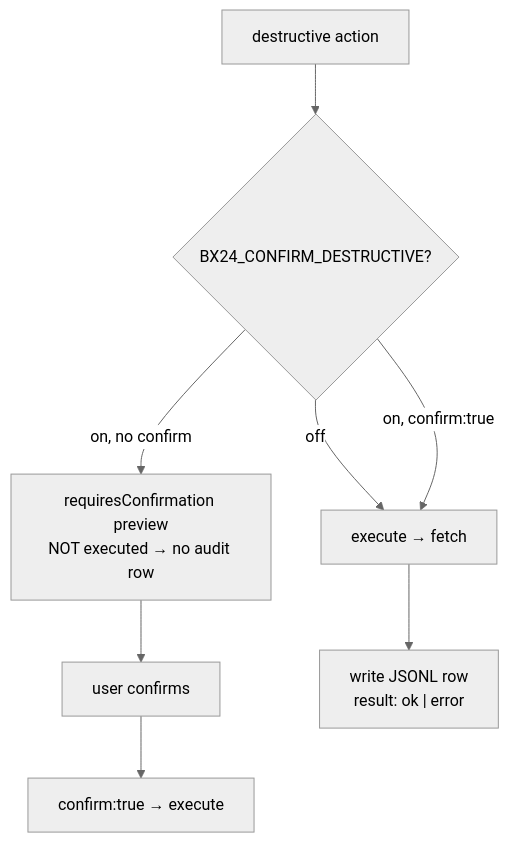
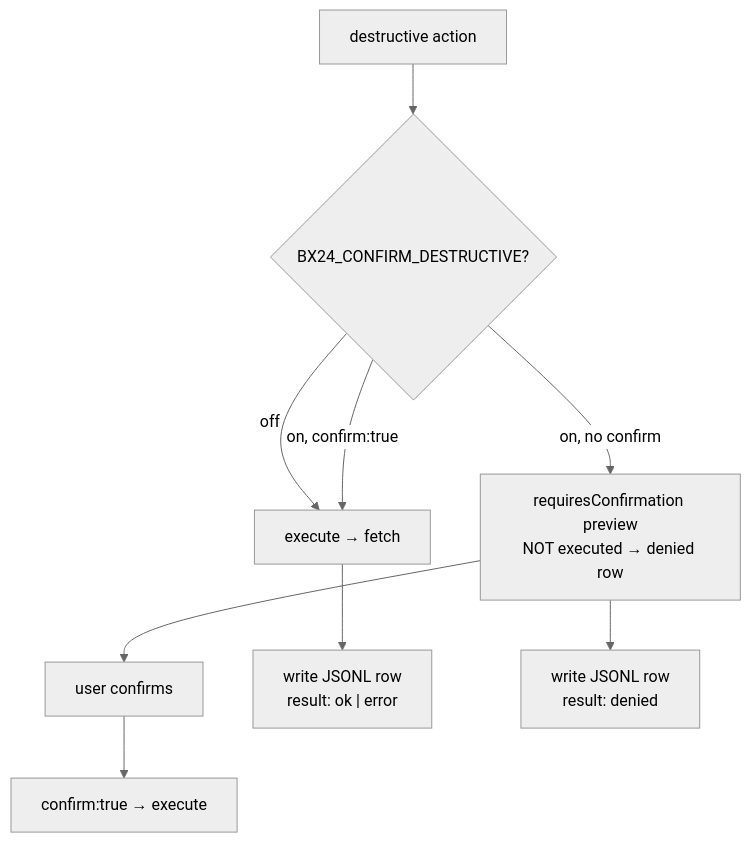
Before and after one commit to kostikpenzin/mcp_b24: the diagram in docs/en/AUDIT_LOG.md, drawn with Mermaid (neutral theme). The commit also changed other lines of this file and 16 other files, not shown here.

````diff
--- a/docs/en/AUDIT_LOG.md
+++ b/docs/en/AUDIT_LOG.md
@@ -14,9 +14,10 @@
 ```mermaid
 flowchart TD
     A["destructive action"] --> B{"BX24_CONFIRM_DESTRUCTIVE?"}
     B -->|off| E["execute → fetch"]
-    B -->|on, no confirm| P["requiresConfirmation preview<br/>NOT executed → no audit row"]
+    B -->|on, no confirm| P["requiresConfirmation preview<br/>NOT executed → denied row"]
     P --> U["user confirms"] --> C["confirm:true → execute"]
     B -->|on, confirm:true| E
     E --> W["write JSONL row<br/>result: ok | error"]
+    P --> D["write JSONL row<br/>result: denied"]
 ```
````
